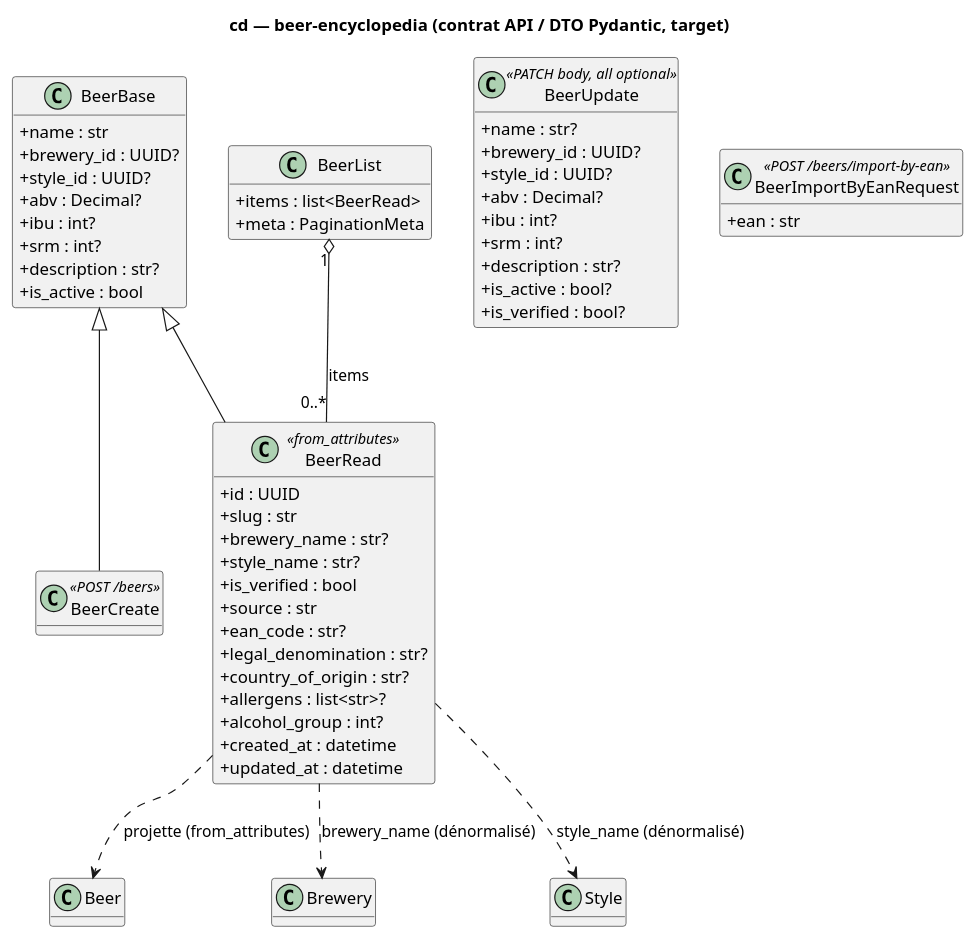
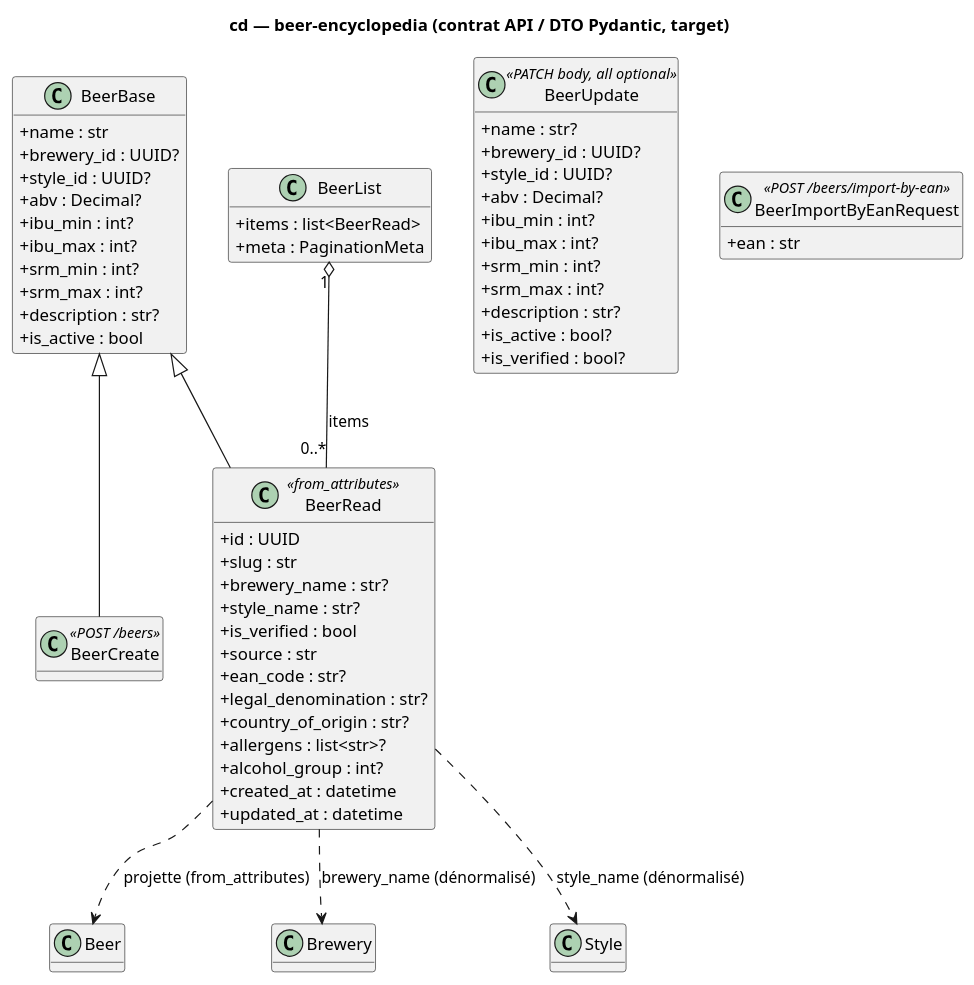
Before and after one commit to benoit-bremaud/brasse-bouillon: the second of 2 diagrams in docs/architecture/diagrams/beer-encyclopedia/07-class-api-contract.md, drawn with PlantUML. The commit also changed other lines of this file and 11 other files, not shown here.

First line of the commit message:
feat(encyclopedia): Beer IBU/SRM as min-max intervals + Style.family (BJCP) (#1204)

````diff
--- a/docs/architecture/diagrams/beer-encyclopedia/07-class-api-contract.md
+++ b/docs/architecture/diagrams/beer-encyclopedia/07-class-api-contract.md
@@ -92,60 +96,64 @@
 ```plantuml
 @startuml
 title cd — beer-encyclopedia (contrat API / DTO Pydantic, target)
 skinparam classAttributeIconSize 0
 skinparam shadowing false
 hide methods
 
 class BeerBase {
   +name : str
   +brewery_id : UUID?
   +style_id : UUID?
   +abv : Decimal?
-  +ibu : int?
-  +srm : int?
+  +ibu_min : int?
+  +ibu_max : int?
+  +srm_min : int?
+  +srm_max : int?
   +description : str?
   +is_active : bool
 }
 class BeerCreate <<POST /beers>>
 class BeerUpdate <<PATCH body, all optional>> {
   +name : str?
   +brewery_id : UUID?
   +style_id : UUID?
   +abv : Decimal?
-  +ibu : int?
-  +srm : int?
+  +ibu_min : int?
+  +ibu_max : int?
+  +srm_min : int?
+  +srm_max : int?
   +description : str?
   +is_active : bool?
   +is_verified : bool?
 }
 class BeerRead <<from_attributes>> {
   +id : UUID
   +slug : str
   +brewery_name : str?
   +style_name : str?
   +is_verified : bool
   +source : str
   +ean_code : str?
   +legal_denomination : str?
   +country_of_origin : str?
   +allergens : list<str>?
   +alcohol_group : int?
   +created_at : datetime
   +updated_at : datetime
 }
 class BeerList {
   +items : list<BeerRead>
   +meta : PaginationMeta
 }
 class BeerImportByEanRequest <<POST /beers/import-by-ean>> {
   +ean : str
 }
 
 BeerBase <|-- BeerCreate
 BeerBase <|-- BeerRead
 BeerList "1" o-- "0..*" BeerRead : items
 BeerRead ..> Beer : projette (from_attributes)
 BeerRead ..> Brewery : brewery_name (dénormalisé)
 BeerRead ..> Style : style_name (dénormalisé)
 @enduml
 ```
````
